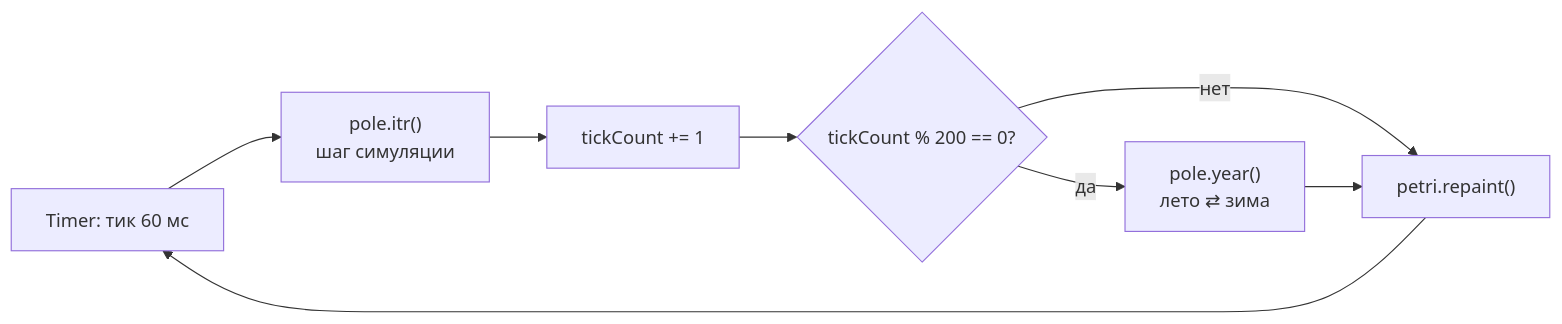
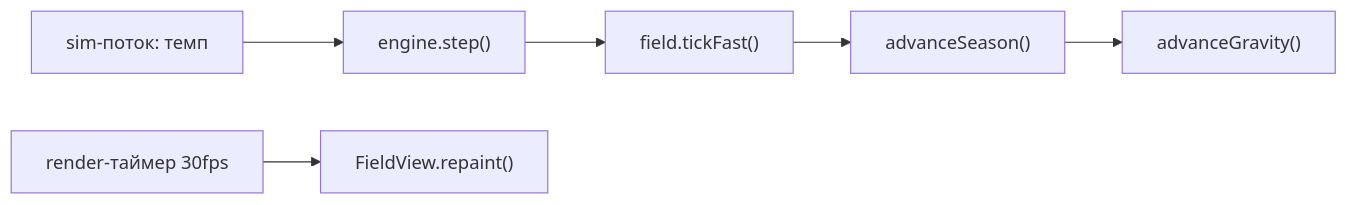
The second of 4 diagrams in MECHANISM.md (EvstigneevEgor/Bioloji), drawn with Mermaid before and after one commit. The commit also changed other lines of this file and 32 other files, not shown here.

````diff
--- a/MECHANISM.md
+++ b/MECHANISM.md
@@ -32,10 +82,8 @@
 ```mermaid
 flowchart LR
-  T["Timer: тик 60 мс"] --> I["pole.itr()<br/>шаг симуляции"]
-  I --> C["tickCount += 1"]
-  C --> S{"tickCount % 200 == 0?"}
-  S -- да --> Y["pole.year()<br/>лето ⇄ зима"]
-  S -- нет --> R["petri.repaint()"]
-  Y --> R
-  R --> T
+  T["sim-поток: темп"] --> I["engine.step()"]
+  I --> F["field.tickFast()"]
+  F --> S["advanceSeason()"]
+  S --> G["advanceGravity()"]
+  R["render-таймер 30fps"] --> P["FieldView.repaint()"]
 ```
````
